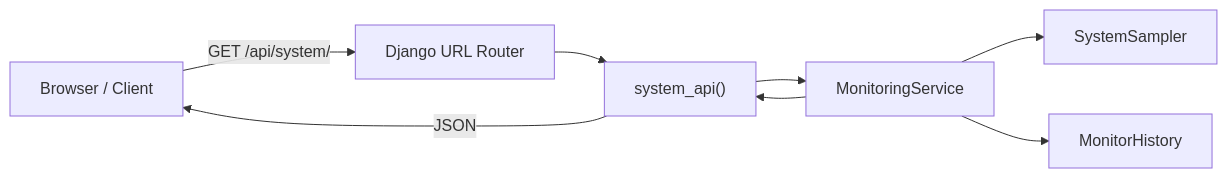
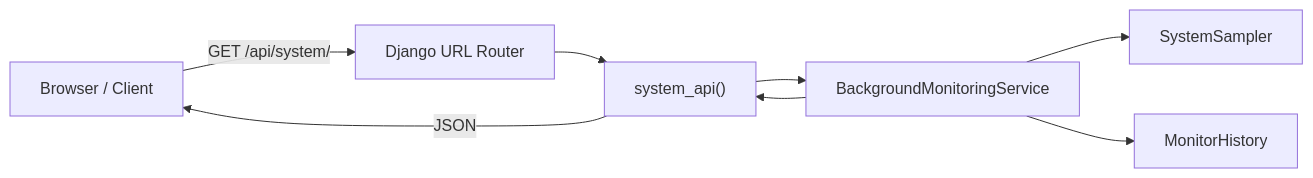
Before and after one commit to IronRon/Sys-Monitor: the second of 14 diagrams in docs/api.md, drawn with Mermaid. The commit also changed other lines of this file and 8 other files, not shown here.

First line of the commit message:
Refactor monitoring architecture to implement continuous background sampling

````diff
--- a/docs/api.md
+++ b/docs/api.md
@@ -129,24 +129,24 @@
 ```mermaid
 flowchart LR
     Browser["Browser / Client"]
 
     Router["Django URL Router"]
 
     View["system_api()"]
 
-    Service["MonitoringService"]
+    Service["BackgroundMonitoringService"]
 
     Sampler["SystemSampler"]
 
     History["MonitorHistory"]
 
     Browser -- "GET /api/system/" --> Router
     Router --> View
     View --> Service
 
     Service --> Sampler
     Service --> History
 
     Service --> View
     View -- "JSON" --> Browser
 ```
````
